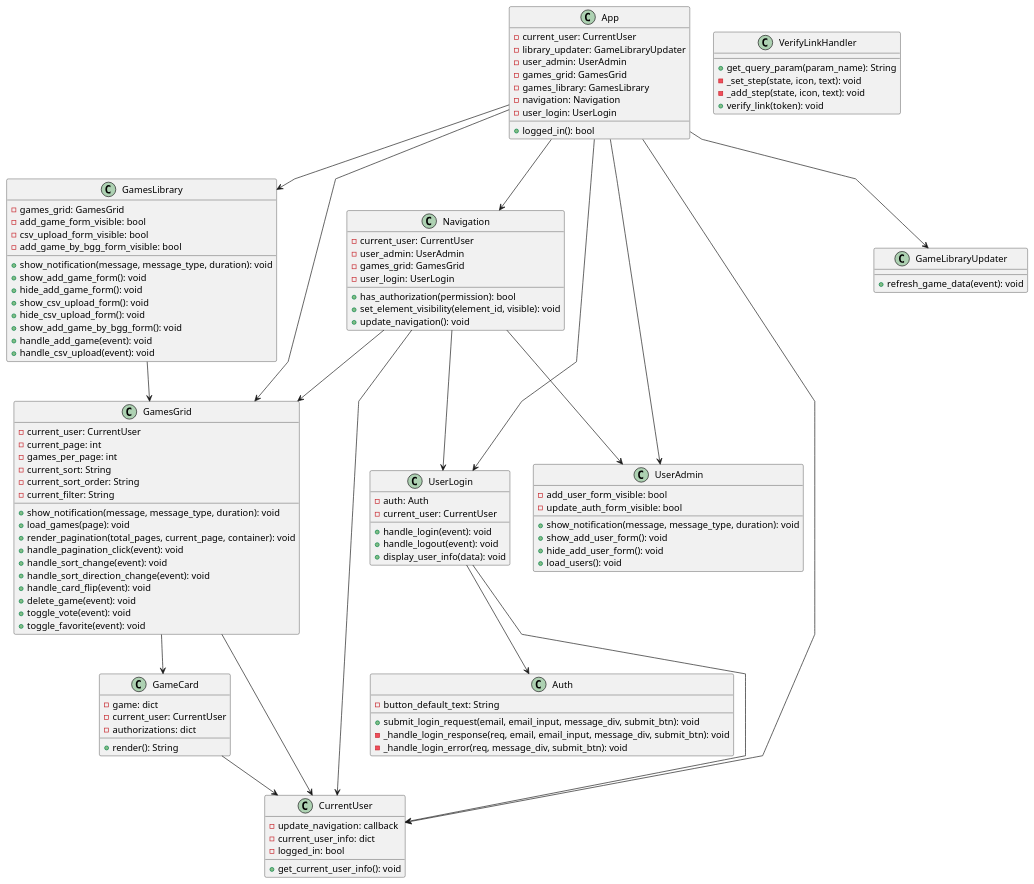
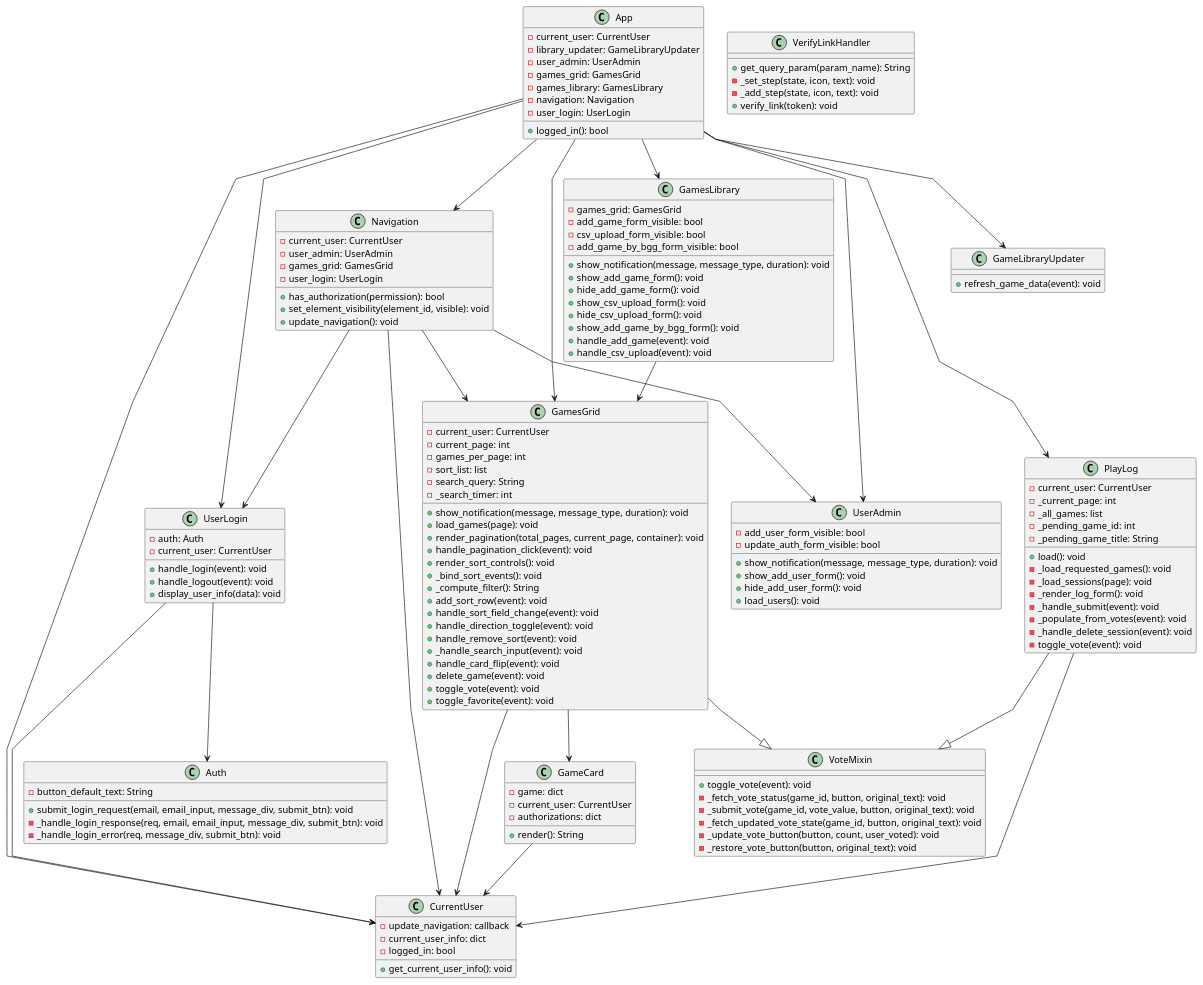
One commit to leshmark/gamegroup changed the fourth of 6 diagrams in Game Group Site.md. Above: the diagram before and after it, drawn with PlantUML. The commit also changed other lines of this file and 8 other files, not shown here.

````diff
--- a/Game Group Site.md
+++ b/Game Group Site.md
@@ -350,15 +370,21 @@
     - current_user: CurrentUser
     - current_page: int
     - games_per_page: int
-    - current_sort: String
-    - current_sort_order: String
-    - current_filter: String
+    - sort_list: list
+    - search_query: String
+    - _search_timer: int
     + show_notification(message, message_type, duration): void
     + load_games(page): void
     + render_pagination(total_pages, current_page, container): void
     + handle_pagination_click(event): void
-    + handle_sort_change(event): void
-    + handle_sort_direction_change(event): void
+    + render_sort_controls(): void
+    + _bind_sort_events(): void
+    + _compute_filter(): String
+    + add_sort_row(event): void
+    + handle_sort_field_change(event): void
+    + handle_direction_toggle(event): void
+    + handle_remove_sort(event): void
+    + _handle_search_input(event): void
     + handle_card_flip(event): void
     + delete_game(event): void
     + toggle_vote(event): void
@@ -381,6 +407,31 @@
     + load_users(): void
 }
 
+class PlayLog {
+    - current_user: CurrentUser
+    - _current_page: int
+    - _all_games: list
+    - _pending_game_id: int
+    - _pending_game_title: String
+    + load(): void
+    - _load_requested_games(): void
+    - _load_sessions(page): void
+    - _render_log_form(): void
+    - _handle_submit(event): void
+    - _populate_from_votes(event): void
+    - _handle_delete_session(event): void
+    - toggle_vote(event): void
+}
+
+class VoteMixin {
+    + toggle_vote(event): void
+    - _fetch_vote_status(game_id, button, original_text): void
+    - _submit_vote(game_id, vote_value, button, original_text): void
+    - _fetch_updated_vote_state(game_id, button, original_text): void
+    - _update_vote_button(button, count, user_voted): void
+    - _restore_vote_button(button, original_text): void
+}
+
 class GameLibraryUpdater {
     + refresh_game_data(event): void
 }
@@ -399,6 +450,7 @@
 App --> GamesGrid
 App --> UserAdmin
 App --> GameLibraryUpdater
+App --> PlayLog
 UserLogin --> Auth
 UserLogin --> CurrentUser
 Navigation --> CurrentUser
@@ -408,6 +460,9 @@
 GamesLibrary --> GamesGrid
 GamesGrid --> CurrentUser
 GamesGrid --> GameCard
+GamesGrid --|> VoteMixin
+PlayLog --> CurrentUser
+PlayLog --|> VoteMixin
 GameCard --> CurrentUser
 @enduml
 ```
````
